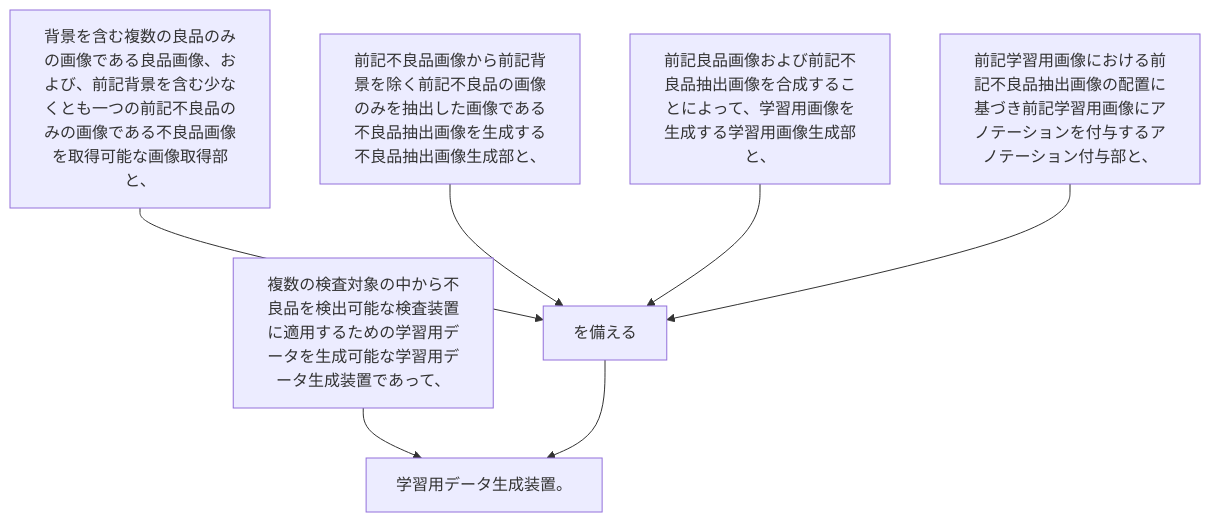
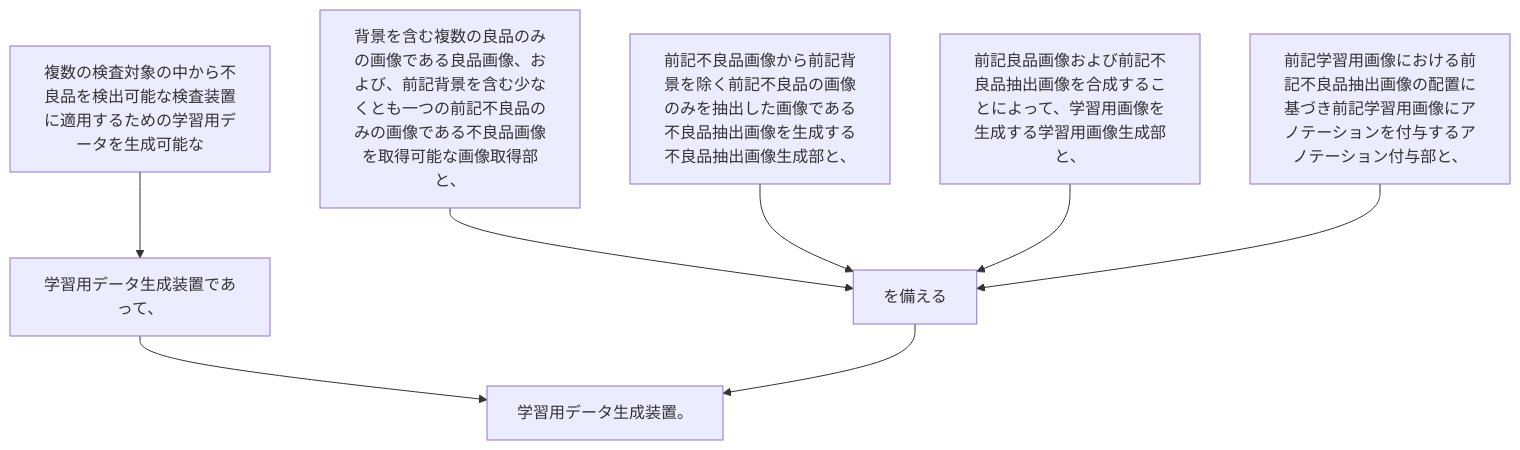
The diagram in 2024/JP2024000284A/claim_1/README.md (shinmori55/patent_analyzed), drawn with Mermaid before and after one commit. The commit also changed 336 other files, not shown here.

````diff
--- a/2024/JP2024000284A/claim_1/README.md
+++ b/2024/JP2024000284A/claim_1/README.md
@@ -7,16 +7,18 @@
 ```mermaid
 flowchart TD
-A[複数の検査対象の中から不良品を検出可能な検査装置に適用するための学習用データを生成可能な学習用データ生成装置であって、]
-B[背景を含む複数の良品のみの画像である良品画像、および、前記背景を含む少なくとも一つの前記不良品のみの画像である不良品画像を取得可能な画像取得部と、]
-C[前記不良品画像から前記背景を除く前記不良品の画像のみを抽出した画像である不良品抽出画像を生成する不良品抽出画像生成部と、]
-D[前記良品画像および前記不良品抽出画像を合成することによって、学習用画像を生成する学習用画像生成部と、]
-E[前記学習用画像における前記不良品抽出画像の配置に基づき前記学習用画像にアノテーションを付与するアノテーション付与部と、]
-F[を備える]
-G[学習用データ生成装置。]
-A --> G
-B --> F
-C --> F
-D --> F
-E --> F
+A[複数の検査対象の中から不良品を検出可能な検査装置に適用するための学習用データを生成可能な]
+B[学習用データ生成装置であって、]
+C[背景を含む複数の良品のみの画像である良品画像、および、前記背景を含む少なくとも一つの前記不良品のみの画像である不良品画像を取得可能な画像取得部と、]
+D[前記不良品画像から前記背景を除く前記不良品の画像のみを抽出した画像である不良品抽出画像を生成する不良品抽出画像生成部と、]
+E[前記良品画像および前記不良品抽出画像を合成することによって、学習用画像を生成する学習用画像生成部と、]
+F[前記学習用画像における前記不良品抽出画像の配置に基づき前記学習用画像にアノテーションを付与するアノテーション付与部と、]
+G[を備える]
+H[学習用データ生成装置。]
+A --> B
+B --> H
+C --> G
+D --> G
+E --> G
 F --> G
+G --> H
 ```
````
